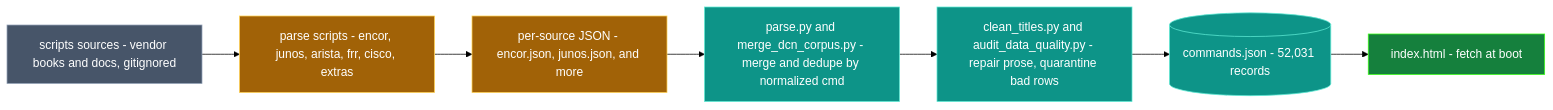
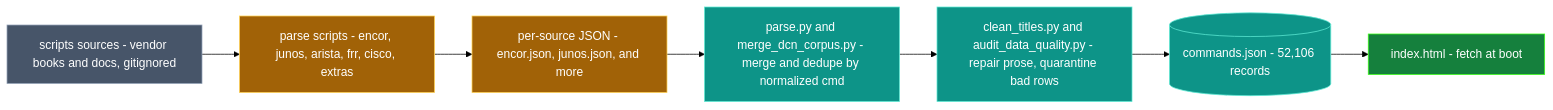
Before and after one commit to gesh75/multivendor-cli-configurator: the fourth of 6 diagrams in docs/ARCHITECTURE.md, drawn with Mermaid (forest theme). The commit also changed other lines of this file and 4 other files, not shown here.

````diff
--- a/docs/ARCHITECTURE.md
+++ b/docs/ARCHITECTURE.md
@@ -155,18 +155,18 @@
 ```mermaid
 flowchart LR
     src["scripts sources - vendor books and docs, gitignored"]:::source
     parsers["parse scripts - encor, junos, arista, frr, cisco, extras"]:::build
     inter["per-source JSON - encor.json, junos.json, and more"]:::build
     master["parse.py and merge_dcn_corpus.py - merge and dedupe by normalized cmd"]:::accent
     clean["clean_titles.py and audit_data_quality.py - repair prose, quarantine bad rows"]:::accent
-    out[("commands.json - 52,031 records")]:::store
+    out[("commands.json - 52,106 records")]:::store
     web["index.html - fetch at boot"]:::core
 
     src --> parsers --> inter --> master --> clean --> out --> web
 
     classDef source fill:#475569,stroke:#94a3b8,color:#fff
     classDef build  fill:#a16207,stroke:#ffd152,color:#fff
     classDef accent fill:#0d9488,stroke:#5eead4,color:#fff
     classDef store  fill:#0d9488,stroke:#5eead4,color:#fff
     classDef core   fill:#15803d,stroke:#39ff14,color:#fff
 ```
````
